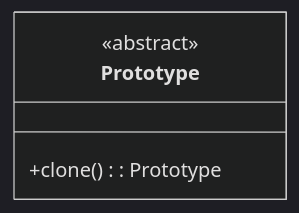
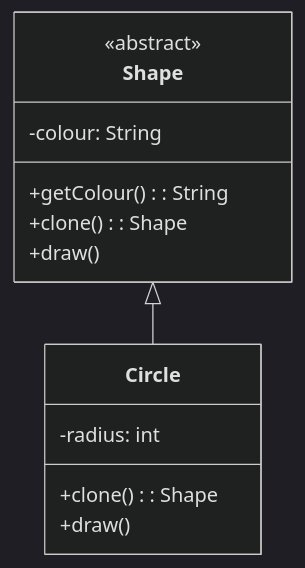
One commit to welldesignedsystem/welldesignedsystem.github.io changed the fifth of 23 diagrams in content/english/blog/system_design/core_design_patterns.md. Above: the diagram before and after it, drawn with Mermaid (dark theme). The commit also changed other lines of this file and 1 other file, not shown here.

````diff
--- a/content/english/blog/system_design/core_design_patterns.md
+++ b/content/english/blog/system_design/core_design_patterns.md
@@ -268,7 +365,16 @@
 ```mermaid
 classDiagram
-    class Prototype {
+    class Shape {
         <<abstract>>
-        +clone(): Prototype
+        -colour: String
+        +getColour(): String
+        +clone(): Shape
+        +draw()
     }
+    class Circle {
+        -radius: int
+        +clone(): Shape
+        +draw()
+    }
+    Shape <|-- Circle
 ```
````
